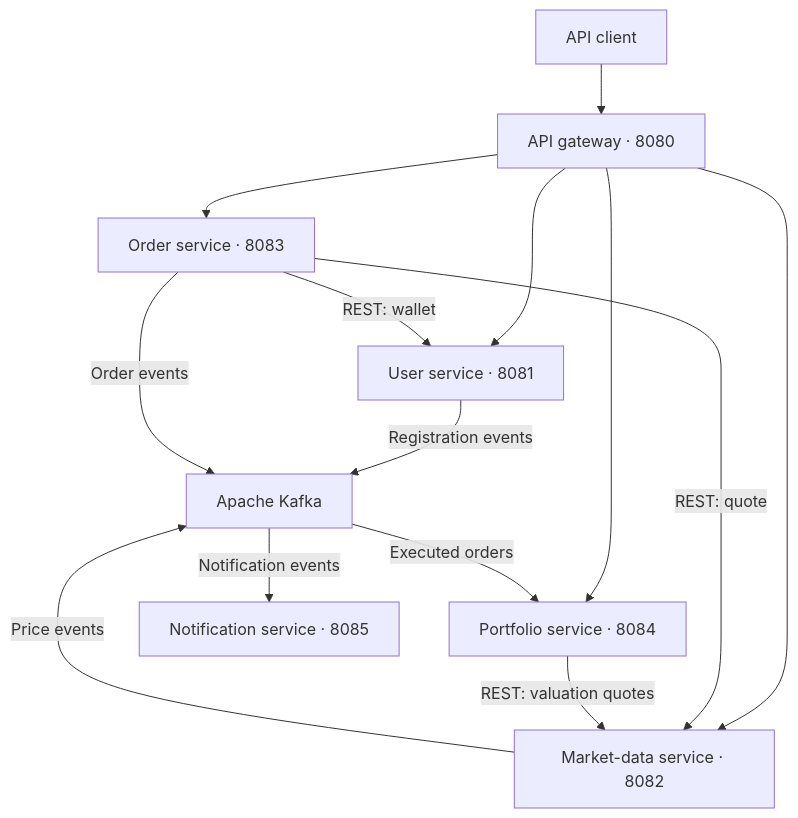
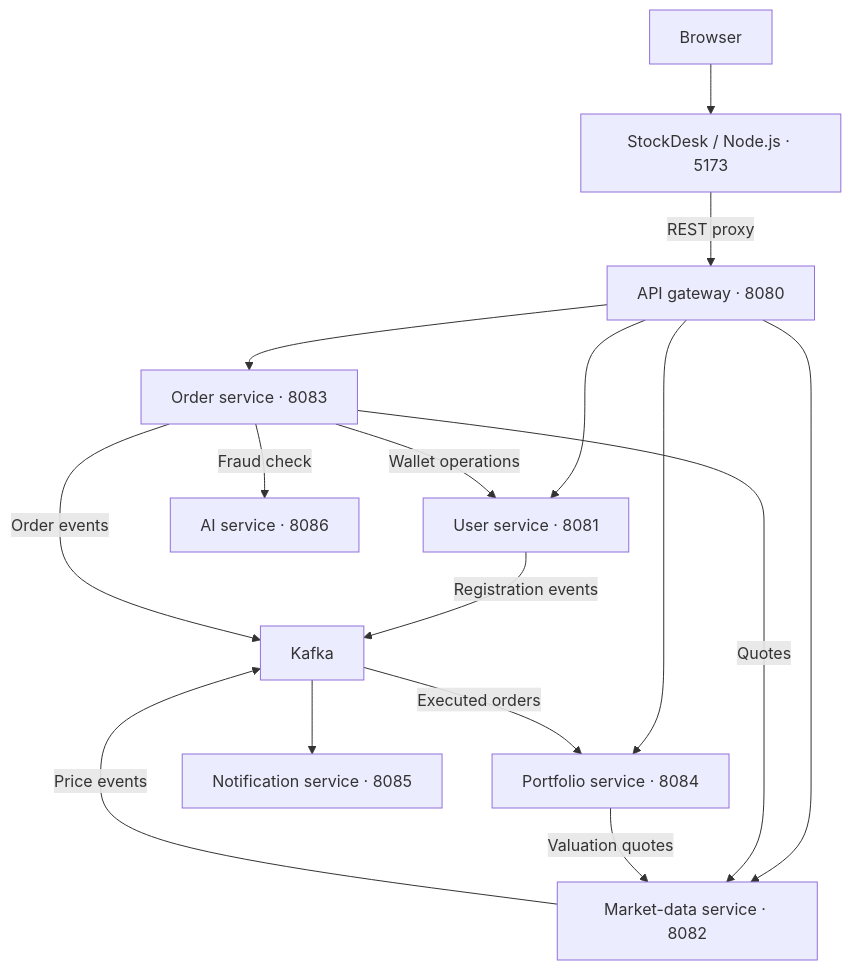
Before and after one commit to swapdutt/stock-trading-platform: the diagram in README.md, drawn with Mermaid. The commit also changed other lines of this file, not shown here.

````diff
--- a/README.md
+++ b/README.md
@@ -68,16 +56,18 @@
 ```mermaid
 flowchart TD
-    Client["API client"] --> Gateway["API gateway · 8080"]
+    Browser["Browser"] --> Frontend["StockDesk / Node.js · 5173"]
+    Frontend -->|"REST proxy"| Gateway["API gateway · 8080"]
     Gateway --> Users["User service · 8081"]
     Gateway --> Market["Market-data service · 8082"]
     Gateway --> Orders["Order service · 8083"]
     Gateway --> Portfolio["Portfolio service · 8084"]
-    Orders -->|"REST: quote"| Market
-    Orders -->|"REST: wallet"| Users
-    Portfolio -->|"REST: valuation quotes"| Market
-    Users -->|"Registration events"| Kafka["Apache Kafka"]
+    Orders -->|"Quotes"| Market
+    Orders -->|"Wallet operations"| Users
+    Orders -->|"Fraud check"| AI["AI service · 8086"]
+    Portfolio -->|"Valuation quotes"| Market
+    Users -->|"Registration events"| Kafka["Kafka"]
+    Market -->|"Price events"| Kafka
     Orders -->|"Order events"| Kafka
-    Market -->|"Price events"| Kafka
     Kafka -->|"Executed orders"| Portfolio
-    Kafka -->|"Notification events"| Notifications["Notification service · 8085"]
+    Kafka --> Notifications["Notification service · 8085"]
 ```
````
